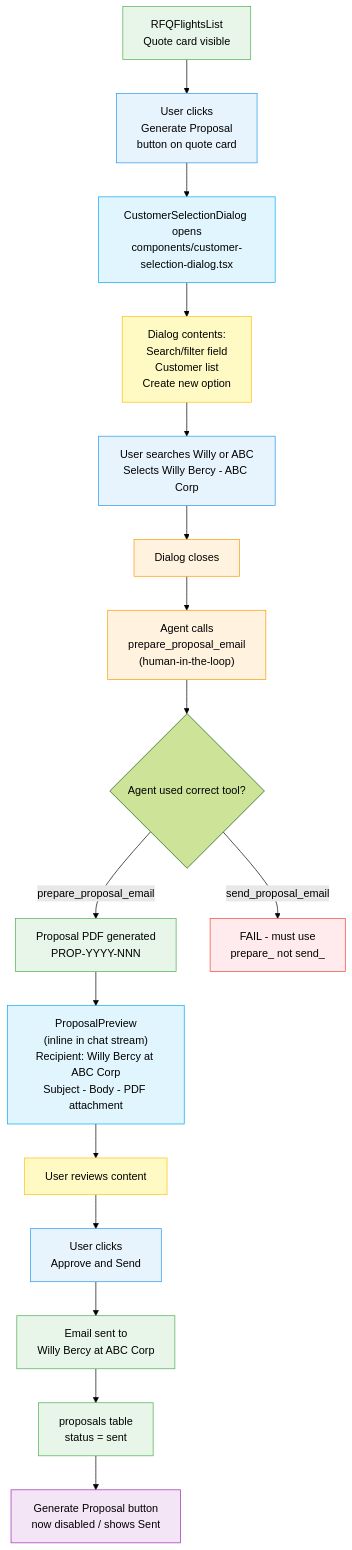
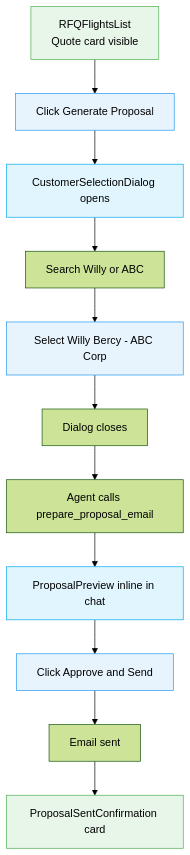
The seventh of 8 diagrams in .claude/commands/demo-record.md (kingler/v0-jetvision-assistant), drawn with Mermaid (forest theme) before and after one commit. The commit also changed other lines of this file and 18 other files, not shown here.

````diff
--- a/.claude/commands/demo-record.md
+++ b/.claude/commands/demo-record.md
@@ -831,37 +1036,21 @@
 ```mermaid
 flowchart TD
-    A["RFQFlightsList\nQuote card visible"] --> B["User clicks\nGenerate Proposal\nbutton on quote card"]
-    B --> C["CustomerSelectionDialog opens\ncomponents/customer-selection-dialog.tsx"]
-
-    C --> D["Dialog contents:\nSearch/filter field\nCustomer list\nCreate new option"]
-    D --> E["User searches Willy or ABC\nSelects Willy Bercy - ABC Corp"]
+    A["RFQFlightsList\nQuote card visible"] --> B["Click Generate Proposal"]
+    B --> C["CustomerSelectionDialog opens"]
+    C --> D["Search Willy or ABC"]
+    D --> E["Select Willy Bercy - ABC Corp"]
     E --> F["Dialog closes"]
-
-    F --> G["Agent calls\nprepare_proposal_email\n(human-in-the-loop)"]
-    G --> H{"Agent used correct tool?"}
-    H -->|"prepare_proposal_email"| I["Proposal PDF generated\nPROP-YYYY-NNN"]
-    H -->|"send_proposal_email"| FAIL1["FAIL - must use\nprepare_ not send_"]
-
-    I --> J["ProposalPreview\n(inline in chat stream)\nRecipient: Willy Bercy at ABC Corp\nSubject - Body - PDF attachment"]
-    J --> K["User reviews content"]
-    K --> L["User clicks\nApprove and Send"]
-    L --> M["Email sent to\nWilly Bercy at ABC Corp"]
-    M --> N["proposals table\nstatus = sent"]
-    N --> O["Generate Proposal button\nnow disabled / shows Sent"]
+    F --> G["Agent calls prepare_proposal_email"]
+    G --> H["ProposalPreview inline in chat"]
+    H --> I["Click Approve and Send"]
+    I --> J["Email sent"]
+    J --> K["ProposalSentConfirmation card"]
 
     style A fill:#e8f5e9,stroke:#4CAF50
     style B fill:#e8f4fd,stroke:#2196F3
     style C fill:#e1f5fe,stroke:#03A9F4
-    style D fill:#fff9c4,stroke:#FFC107
     style E fill:#e8f4fd,stroke:#2196F3
-    style F fill:#fff3e0,stroke:#FF9800
-    style G fill:#fff3e0,stroke:#FF9800
-    style I fill:#e8f5e9,stroke:#4CAF50
-    style J fill:#e1f5fe,stroke:#03A9F4
-    style K fill:#fff9c4,stroke:#FFC107
-    style L fill:#e8f4fd,stroke:#2196F3
-    style M fill:#e8f5e9,stroke:#4CAF50
-    style N fill:#e8f5e9,stroke:#4CAF50
-    style O fill:#f3e5f5,stroke:#9C27B0
-    style FAIL1 fill:#ffebee,stroke:#f44336
+    style H fill:#e1f5fe,stroke:#03A9F4
+    style I fill:#e8f4fd,stroke:#2196F3
+    style K fill:#e8f5e9,stroke:#4CAF50
 ```
````
